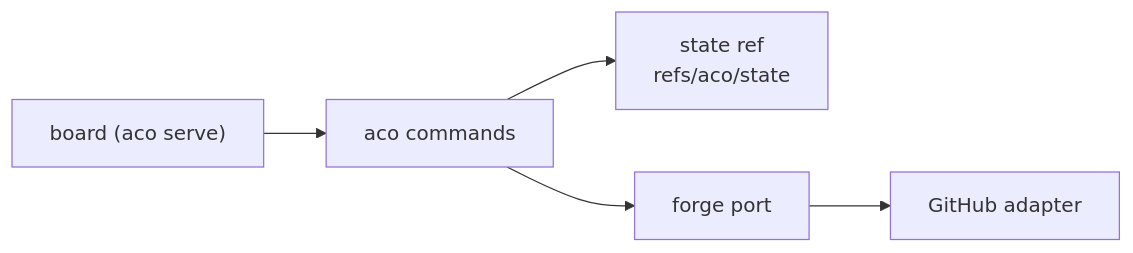
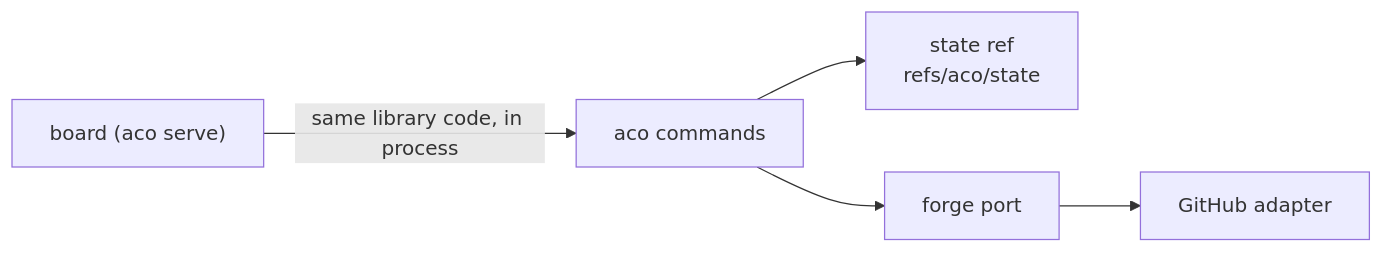
Before and after one commit to overnightworks/aco: the diagram in docs/ARCHITECTURE.md, drawn with Mermaid. The commit also changed other lines of this file, not shown here.

Commit message:
Say that only aco reset forces and that the board calls the library in process

````diff
--- a/docs/ARCHITECTURE.md
+++ b/docs/ARCHITECTURE.md
@@ -12,7 +12,7 @@
 ```mermaid
 flowchart LR
     CLI["aco commands"] --> Store["state ref<br/>refs/aco/state"]
     CLI --> Port["forge port"]
     Port --> GitHub["GitHub adapter"]
-    Board["board (aco serve)"] --> CLI
+    Board["board (aco serve)"] -->|"same library code, in process"| CLI
 ```
````
